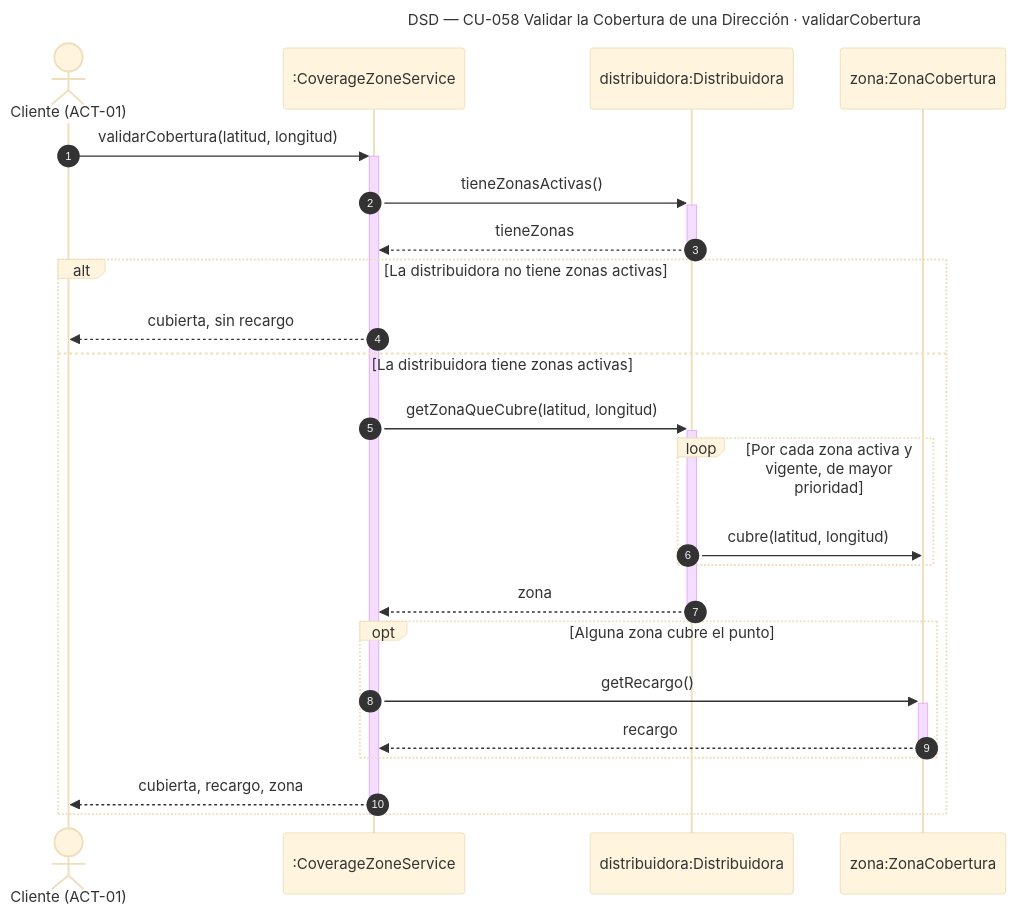
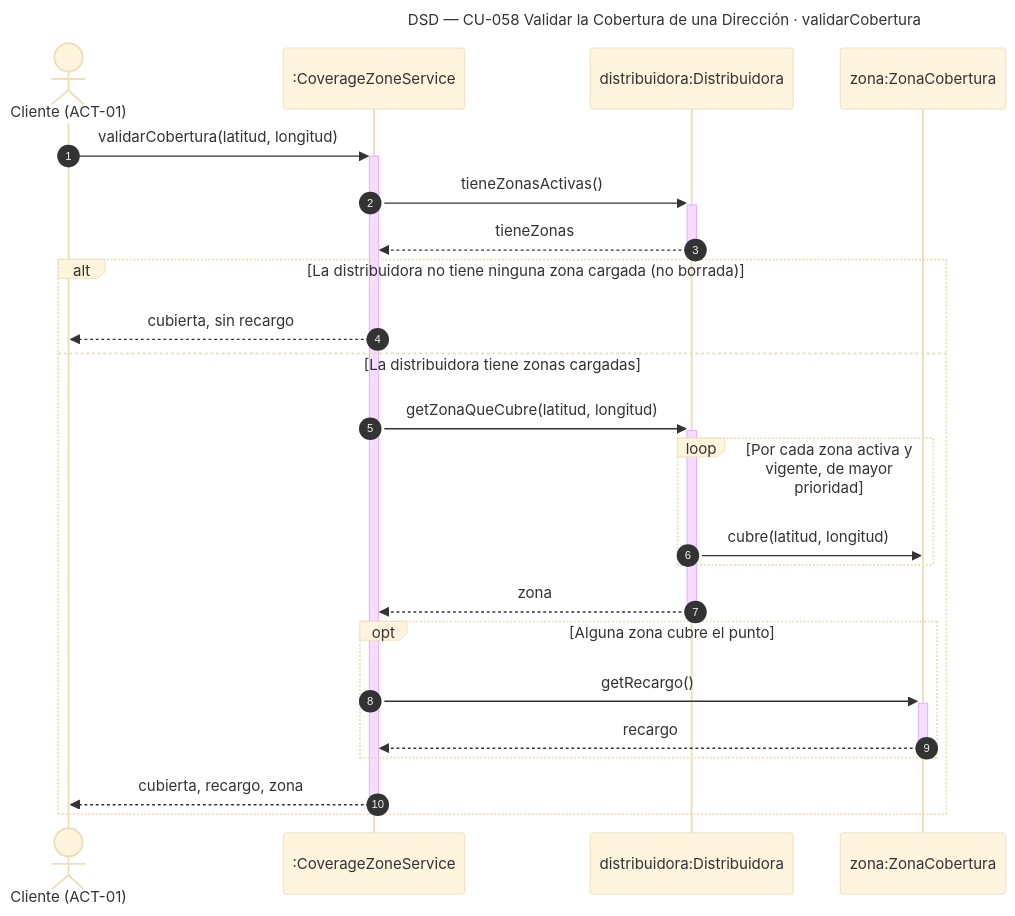
Before and after one commit to Nahuelito-Dev/splg-docs: the diagram in diagramas/DSD_CU-058_validarCobertura.mmd, drawn with Mermaid (base theme). The commit also changed 41 other files, not shown here.

```diff
--- a/diagramas/DSD_CU-058_validarCobertura.mmd
+++ b/diagramas/DSD_CU-058_validarCobertura.mmd
@@ -1,26 +1,26 @@
 sequenceDiagram
     title DSD — CU-058 Validar la Cobertura de una Dirección · validarCobertura
     autonumber
     actor CLI as Cliente (ACT-01)
     participant SRV as :CoverageZoneService
     participant DIS as distribuidora:Distribuidora
     participant ZON as zona:ZonaCobertura
 
     CLI->>+SRV: validarCobertura(latitud, longitud)
     SRV->>+DIS: tieneZonasActivas()
     DIS-->>-SRV: tieneZonas
-    alt La distribuidora no tiene zonas activas
+    alt La distribuidora no tiene ninguna zona cargada (no borrada)
         SRV-->>CLI: cubierta, sin recargo
-    else La distribuidora tiene zonas activas
+    else La distribuidora tiene zonas cargadas
         SRV->>+DIS: getZonaQueCubre(latitud, longitud)
         loop Por cada zona activa y vigente, de mayor prioridad
             DIS->>ZON: cubre(latitud, longitud)
         end
         DIS-->>-SRV: zona
         opt Alguna zona cubre el punto
             SRV->>+ZON: getRecargo()
             ZON-->>-SRV: recargo
         end
         SRV-->>CLI: cubierta, recargo, zona
     end
     deactivate SRV
```
